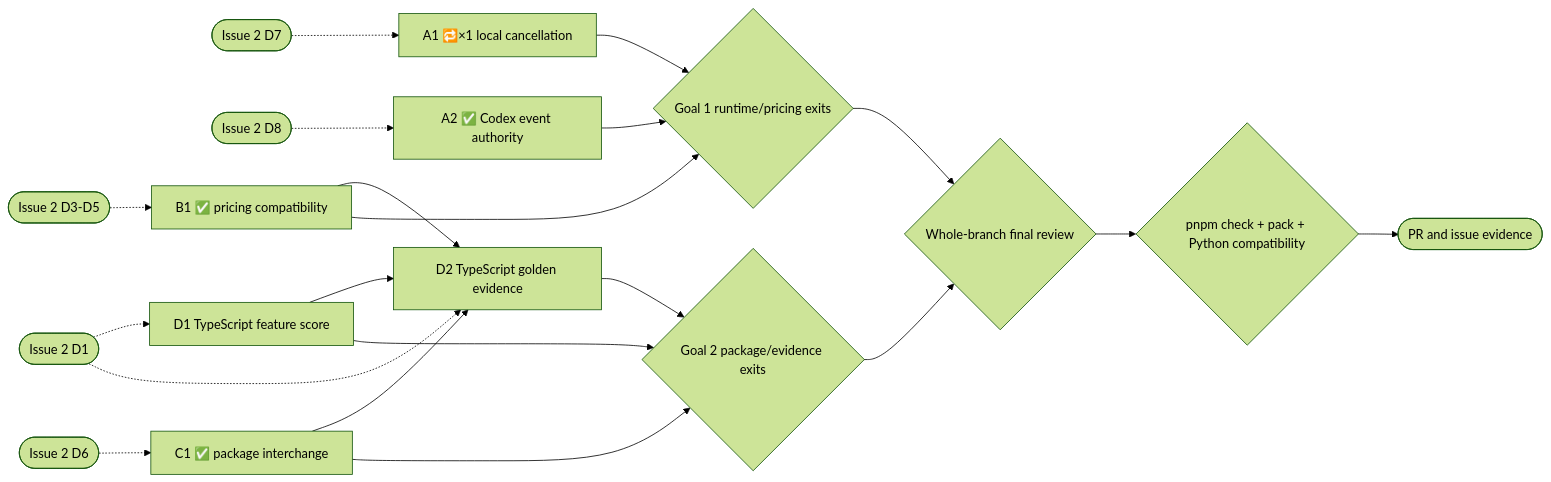
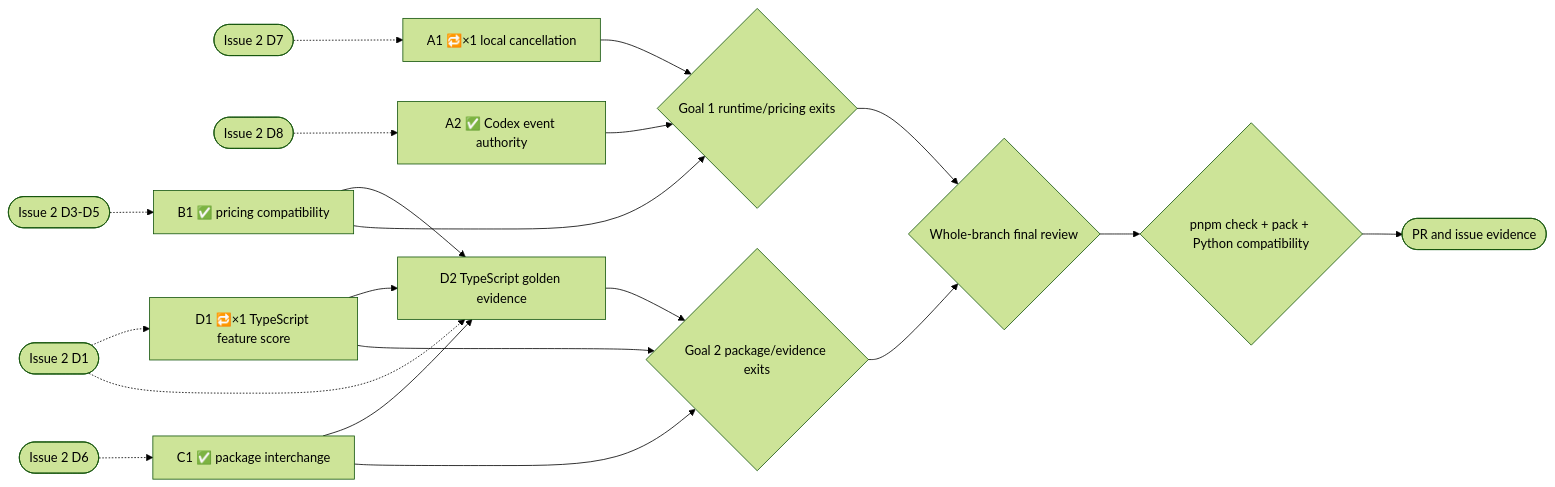
The diagram in docs/plans/issue-2-compatibility-plan.md (tyxter-dev/blackbox-ts), drawn with Mermaid (forest theme) before and after one commit. The commit also changed other lines of this file and 22 other files, not shown here.

Commit message:
refactor(parity): make feature scoring TypeScript-owned (#2)

````diff
--- a/docs/plans/issue-2-compatibility-plan.md
+++ b/docs/plans/issue-2-compatibility-plan.md
@@ -144,22 +145,22 @@
 ```mermaid
 flowchart LR
   I7(["Issue 2 D7"]) -.-> A1["A1 🔁×1 local cancellation"]
   I8(["Issue 2 D8"]) -.-> A2["A2 ✅ Codex event authority"]
   IP(["Issue 2 D3-D5"]) -.-> B1["B1 ✅ pricing compatibility"]
   IW(["Issue 2 D6"]) -.-> C1["C1 ✅ package interchange"]
-  IS(["Issue 2 D1"]) -.-> D1["D1 TypeScript feature score"]
+  IS(["Issue 2 D1"]) -.-> D1["D1 🔁×1 TypeScript feature score"]
   IS -.-> D2["D2 TypeScript golden evidence"]
   D1 --> D2
   B1 --> D2
   C1 --> D2
   A1 --> G1{"Goal 1 runtime/pricing exits"}
   A2 --> G1
   B1 --> G1
   C1 --> G2{"Goal 2 package/evidence exits"}
   D1 --> G2
   D2 --> G2
   G1 --> FR{"Whole-branch final review"}
   G2 --> FR
   FR --> CHECK{"pnpm check + pack + Python compatibility"}
   CHECK --> PR(["PR and issue evidence"])
 ```
````
